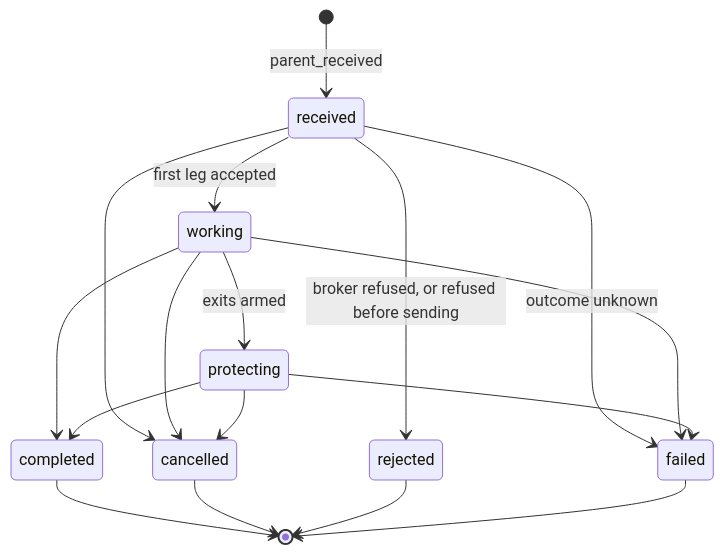
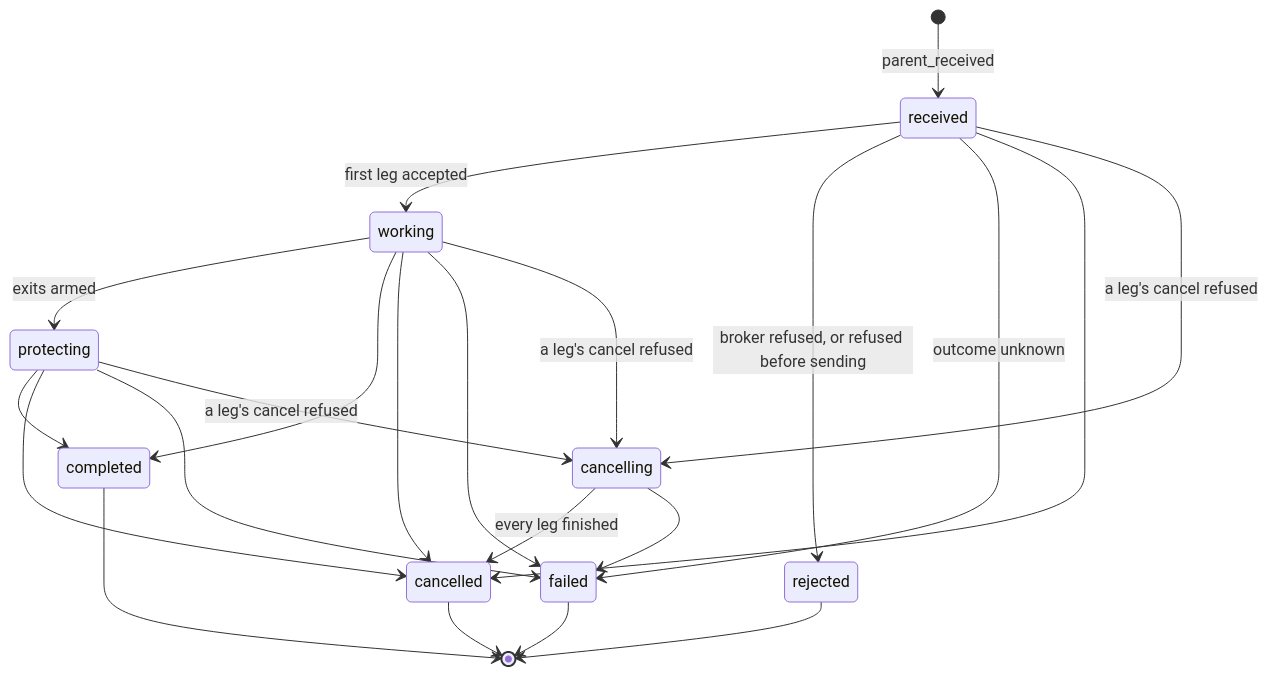
One commit to pramodathani/unified_broker_interface changed the diagram in docs/rest-api/synthetic-orders.md. Above: the diagram before and after it, drawn with Mermaid. The commit also changed other lines of this file and 13 other files, not shown here.

First line of the commit message:
Keep a cancelled parent open while a leg's cancel was refused

````diff
--- a/docs/rest-api/synthetic-orders.md
+++ b/docs/rest-api/synthetic-orders.md
@@ -179,19 +179,24 @@
 ```mermaid
 stateDiagram-v2
     [*] --> received: parent_received
     received --> working: first leg accepted
     received --> rejected: broker refused, or refused before sending
     received --> failed: outcome unknown
     received --> cancelled
     working --> protecting: exits armed
     working --> completed
     working --> cancelled
     working --> failed
     protecting --> completed
     protecting --> cancelled
     protecting --> failed
+    received --> cancelling: a leg's cancel refused
+    working --> cancelling: a leg's cancel refused
+    protecting --> cancelling: a leg's cancel refused
+    cancelling --> cancelled: every leg finished
+    cancelling --> failed
     completed --> [*]
     cancelled --> [*]
     rejected --> [*]
     failed --> [*]
 ```
````
